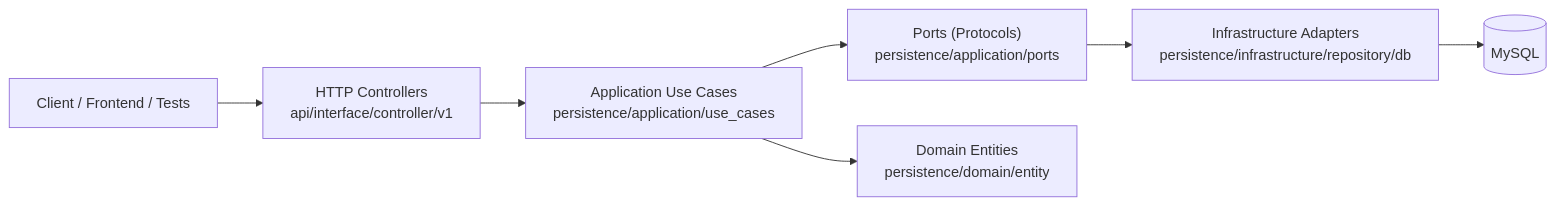
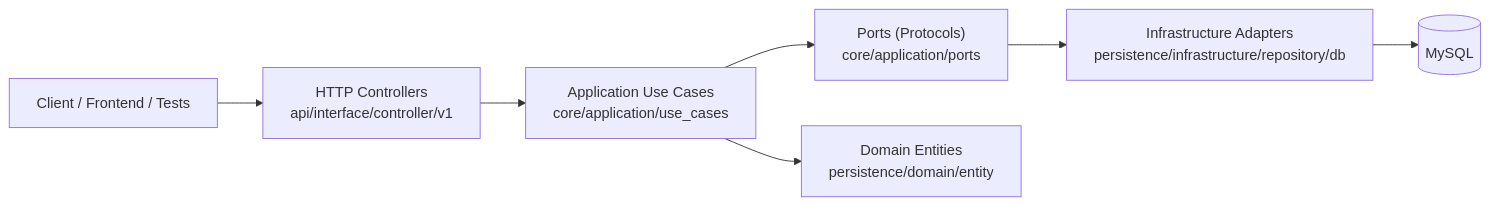
Before and after one commit to adrianoggm/footballhubmanager: the diagram in docs/backend.md, drawn with Mermaid. The commit also changed other lines of this file and 2 other files, not shown here.

Commit message:
docs: align backend architecture guidance with core application

````diff
--- a/docs/backend.md
+++ b/docs/backend.md
@@ -39,17 +36,17 @@
 ```mermaid
 flowchart LR
     Client["Client / Frontend / Tests"]
     C["HTTP Controllers<br/>api/interface/controller/v1"]
-    UC["Application Use Cases<br/>persistence/application/use_cases"]
-    P["Ports (Protocols)<br/>persistence/application/ports"]
+    UC["Application Use Cases<br/>core/application/use_cases"]
+    P["Ports (Protocols)<br/>core/application/ports"]
     A["Infrastructure Adapters<br/>persistence/infrastructure/repository/db"]
     D[(MySQL)]
     E["Domain Entities<br/>persistence/domain/entity"]
 
     Client --> C
     C --> UC
     UC --> E
     UC --> P
     P --> A
     A --> D
 ```
````
